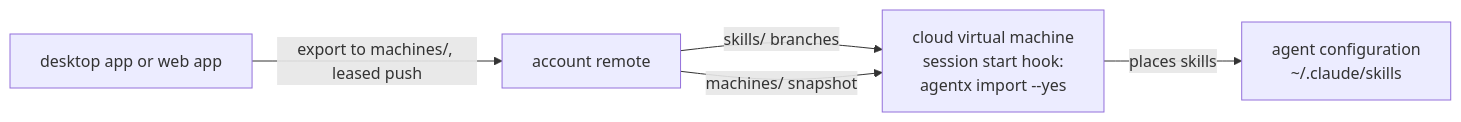
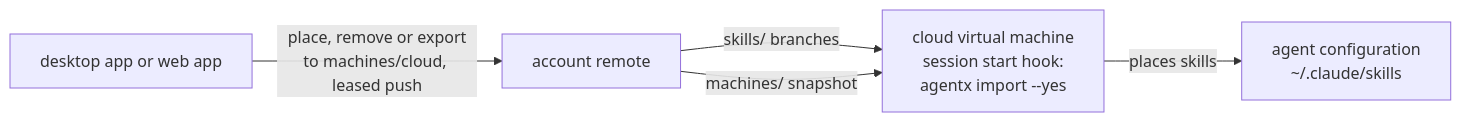
Before and after one commit to grundmanise/agentx: the diagram in docs/adr/0011-snapshots-live-on-the-account-remote-import-applies-them-every-cloud-agent-is-one-machine.md, drawn with Mermaid. The commit also changed other lines of this file and 1 other file, not shown here.

First line of the commit message:
docs(adr): turn the cloud machine's skills on and off with place and remove

````diff
--- a/docs/adr/0011-snapshots-live-on-the-account-remote-import-applies-them-every-cloud-agent-is-one-machine.md
+++ b/docs/adr/0011-snapshots-live-on-the-account-remote-import-applies-them-every-cloud-agent-is-one-machine.md
@@ -36,7 +38,7 @@
 ```mermaid
 flowchart LR
-  app["desktop app or web app"] -- "export to machines/<id>, leased push" --> remote["account remote"]
+  app["desktop app or web app"] -- "place, remove or export<br/>to machines/cloud, leased push" --> remote["account remote"]
   remote -- "skills/<name> branches" --> vm
   remote -- "machines/<id> snapshot" --> vm["cloud virtual machine<br/>session start hook:<br/>agentx import --yes"]
   vm -- "places skills" --> cfg["agent configuration<br/>~/.claude/skills"]
 ```
````
